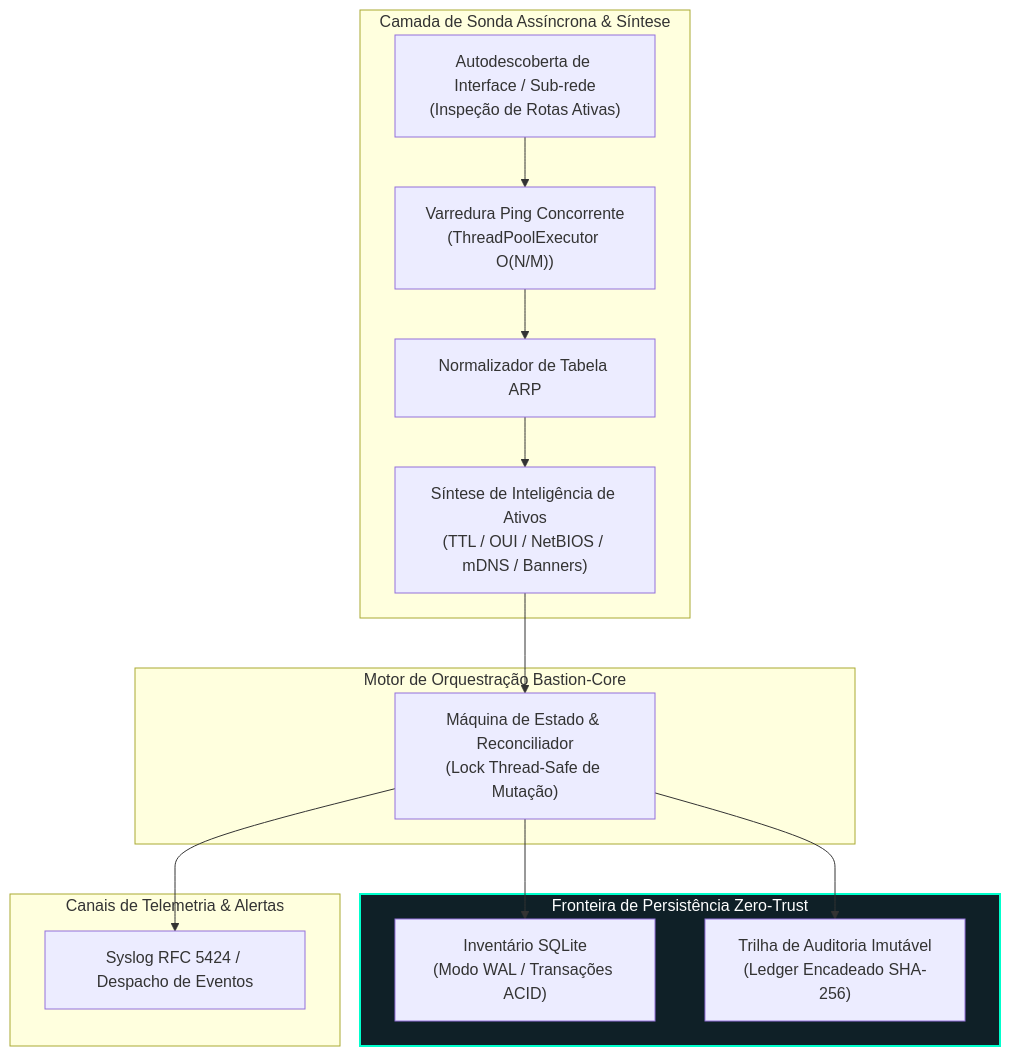
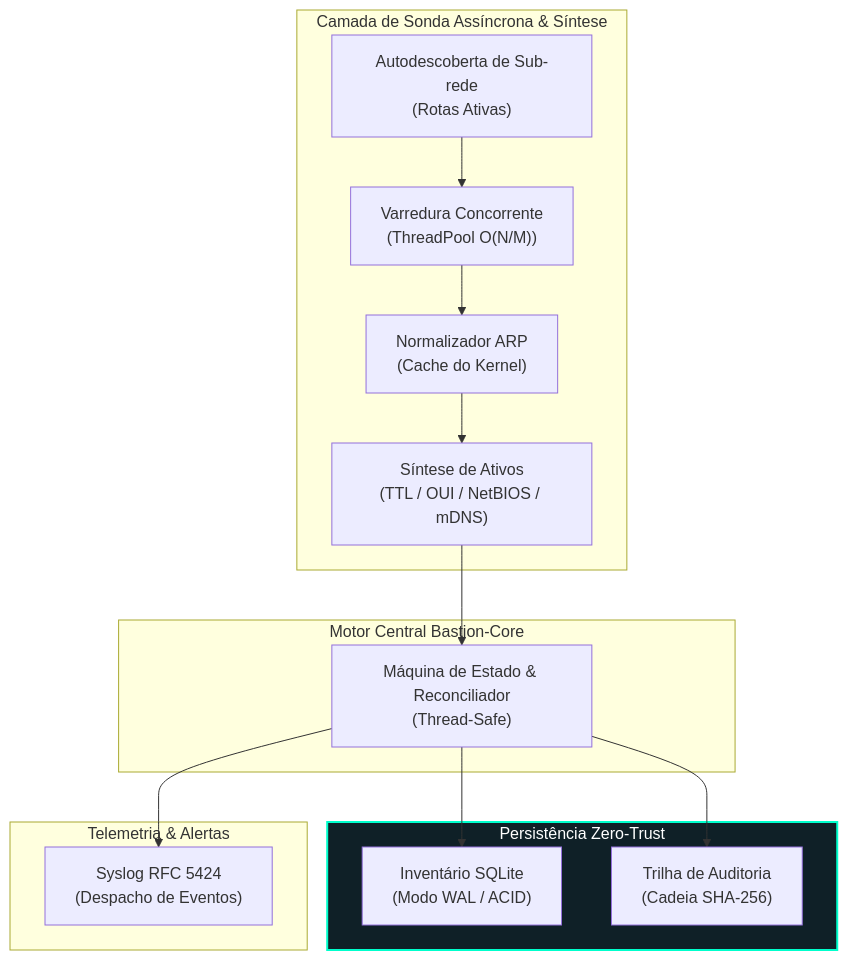
One commit to welzim19-star/bastion-core changed the diagram in README.pt-BR.md. Above: the diagram before and after it, drawn with Mermaid. The commit also changed 1 other file, not shown here.

Commit message:
fix(diagram): format node labels with br and optimize label widths to eliminate text clipping

````diff
--- a/README.pt-BR.md
+++ b/README.pt-BR.md
@@ -25,34 +25,34 @@
 ```mermaid
 flowchart TD
     subgraph PROBE_LAYER["Camada de Sonda Assíncrona & Síntese"]
-        AutoNIC["Autodescoberta de Interface / Sub-rede\n(Inspeção de Rotas Ativas)"]
-        BatchProbe["Varredura Ping Concorrente\n(ThreadPoolExecutor O(N/M))"]
-        ARP["Normalizador de Tabela ARP"]
-        Intel["Síntese de Inteligência de Ativos\n(TTL / OUI / NetBIOS / mDNS / Banners)"]
+        AutoNIC["Autodescoberta de Sub-rede<br/>(Rotas Ativas)"]
+        BatchProbe["Varredura Concorrente<br/>(ThreadPool O(N/M))"]
+        ARP["Normalizador ARP<br/>(Cache do Kernel)"]
+        Intel["Síntese de Ativos<br/>(TTL / OUI / NetBIOS / mDNS)"]
         
         AutoNIC --> BatchProbe
         BatchProbe --> ARP
         ARP --> Intel
     end
 
-    subgraph ENGINE_CORE["Motor de Orquestração Bastion-Core"]
-        Engine["Máquina de Estado & Reconciliador\n(Lock Thread-Safe de Mutação)"]
+    subgraph ENGINE_CORE["Motor Central Bastion-Core"]
+        Engine["Máquina de Estado & Reconciliador<br/>(Thread-Safe)"]
         Intel --> Engine
     end
 
-    subgraph STORAGE_LEDGER["Fronteira de Persistência Zero-Trust"]
-        WAL["Inventário SQLite\n(Modo WAL / Transações ACID)"]
-        Ledger["Trilha de Auditoria Imutável\n(Ledger Encadeado SHA-256)"]
+    subgraph STORAGE_LEDGER["Persistência Zero-Trust"]
+        WAL["Inventário SQLite<br/>(Modo WAL / ACID)"]
+        Ledger["Trilha de Auditoria<br/>(Cadeia SHA-256)"]
         
         Engine --> WAL
         Engine --> Ledger
     end
 
-    subgraph SINKS["Canais de Telemetria & Alertas"]
-        Syslog["Syslog RFC 5424 / Despacho de Eventos"]
+    subgraph SINKS["Telemetria & Alertas"]
+        Syslog["Syslog RFC 5424<br/>(Despacho de Eventos)"]
         Engine --> Syslog
     end
 
     classDef secure fill:#0f2027,stroke:#00ffcc,stroke-width:2px,color:#fff;
     class STORAGE_LEDGER secure;
 ```
````
